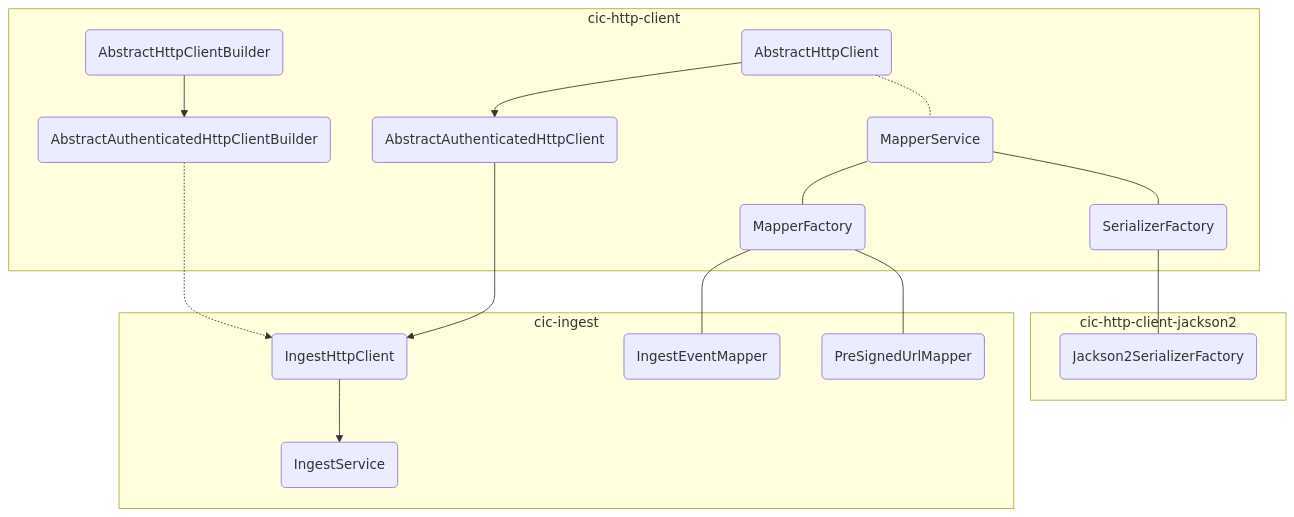
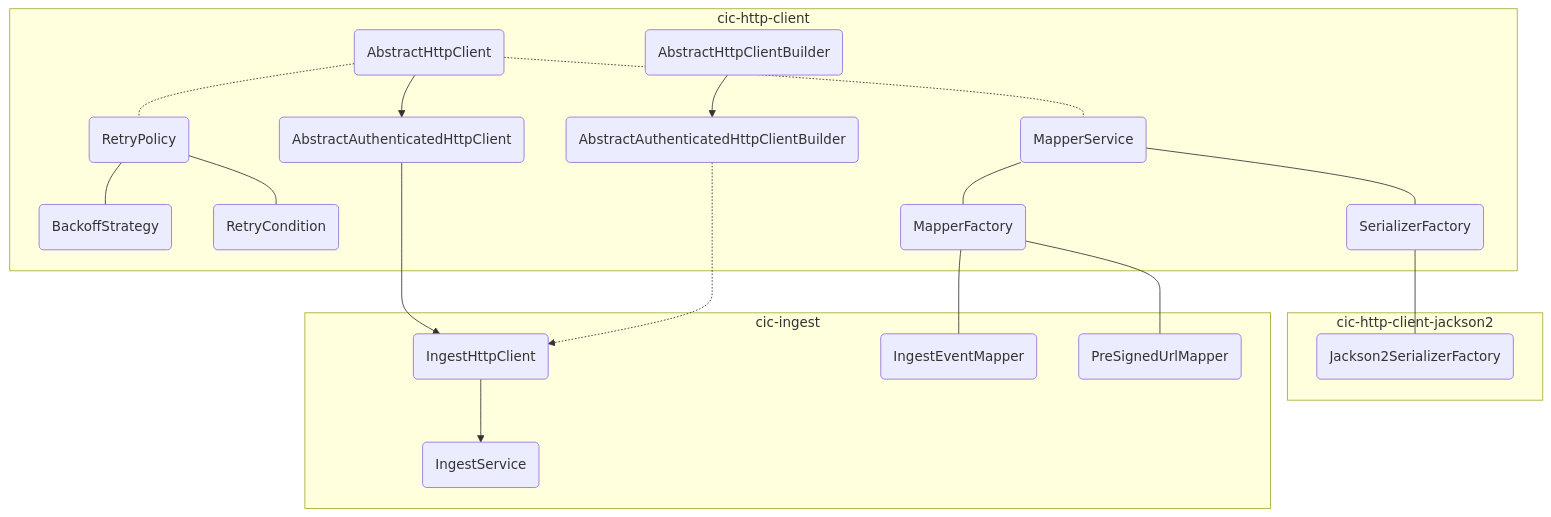
The diagram in README.md (Hyland/cic-java-sdk), drawn with Mermaid before and after one commit. The commit also changed other lines of this file and 10 other files, not shown here.

Commit message:
ACS-11420 Add configurable retry policy to cic-http-client (#7)

````diff
--- a/README.md
+++ b/README.md
@@ -9,32 +9,38 @@
 ```mermaid
 flowchart TD
     subgraph cic-http-client
         A1(AbstractHttpClient)
         A2(AbstractHttpClientBuilder)
         A3(AbstractAuthenticatedHttpClient)
         A4(AbstractAuthenticatedHttpClientBuilder)
+        R1(RetryPolicy)
+        R2(BackoffStrategy)
+        R3(RetryCondition)
         B1(MapperService)
         B2(SerializerFactory)
         B3(MapperFactory)
         A1 --> A3
         A2 --> A4
+        A1 -.- R1
+        R1 --- R2
+        R1 --- R3
         B1 --- B2
         B1 --- B3
         A1 -.- B1
     end
     subgraph cic-http-client-jackson2
         B4(Jackson2SerializerFactory)
         B2 --- B4
     end
     subgraph cic-ingest
         C1(IngestHttpClient)
         C2(IngestService)
         D1(IngestEventMapper)
         D2(PreSignedUrlMapper)
         A3 ---> C1
         A4 -..-> C1
         C1 --> C2
         B3 --- D1
         B3 --- D2
     end
 ```
````
